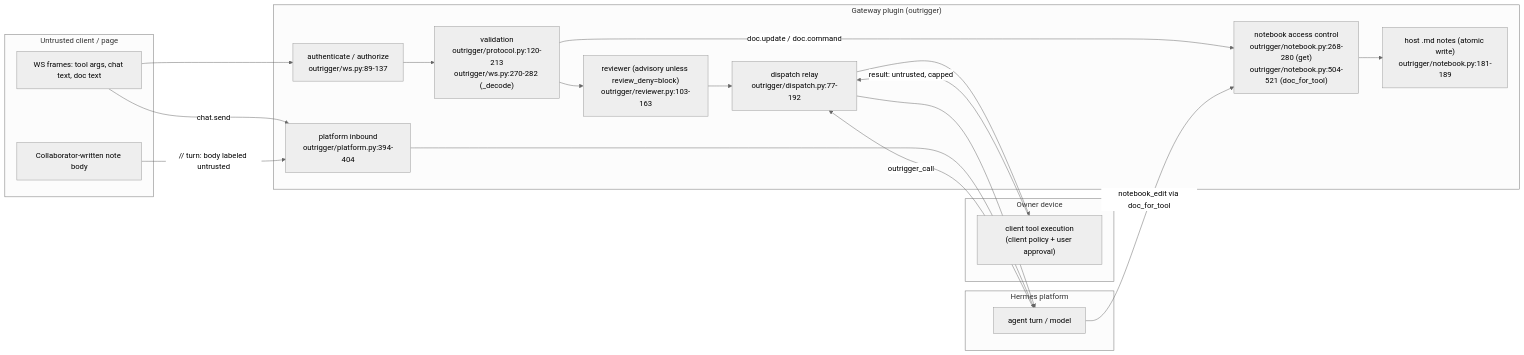
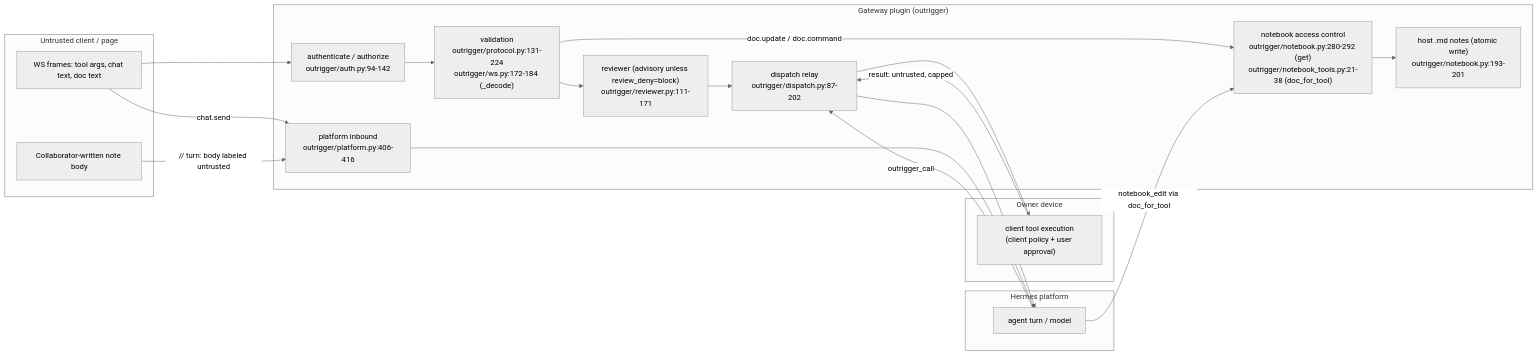
The first of 6 diagrams in AUDIT.md (codepilots/hermes-outrigger), drawn with Mermaid (neutral theme) before and after one commit. The commit also changed other lines of this file and 20 other files, not shown here.

````diff
--- a/AUDIT.md
+++ b/AUDIT.md
@@ -33,31 +35,31 @@
 ```mermaid
 flowchart LR
   subgraph untrusted["Untrusted client / page"]
     F["WS frames: tool args, chat text, doc text"]
     N["Collaborator-written note body"]
   end
   subgraph gateway["Gateway plugin (outrigger)"]
-    A["authenticate / authorize<br/>outrigger/ws.py:89-137"]
-    V["validation<br/>outrigger/protocol.py:120-213<br/>outrigger/ws.py:270-282 (_decode)"]
-    R["reviewer (advisory unless review_deny=block)<br/>outrigger/reviewer.py:103-163"]
-    D["dispatch relay<br/>outrigger/dispatch.py:77-192"]
-    NB["notebook access control<br/>outrigger/notebook.py:268-280 (get)<br/>outrigger/notebook.py:504-521 (doc_for_tool)"]
-    P["platform inbound<br/>outrigger/platform.py:394-404"]
-    NF["host .md notes (atomic write)<br/>outrigger/notebook.py:181-189"]
+    A["authenticate / authorize<br/>outrigger/auth.py:94-142"]
+    V["validation<br/>outrigger/protocol.py:131-224<br/>outrigger/ws.py:172-184 (_decode)"]
+    R["reviewer (advisory unless review_deny=block)<br/>outrigger/reviewer.py:111-171"]
+    D["dispatch relay<br/>outrigger/dispatch.py:87-202"]
+    NB["notebook access control<br/>outrigger/notebook.py:280-292 (get)<br/>outrigger/notebook_tools.py:21-38 (doc_for_tool)"]
+    P["platform inbound<br/>outrigger/platform.py:406-416"]
+    NF["host .md notes (atomic write)<br/>outrigger/notebook.py:193-201"]
   end
   subgraph owner["Owner device"]
     T["client tool execution<br/>(client policy + user approval)"]
   end
   subgraph hermes["Hermes platform"]
     H["agent turn / model"]
   end
   F --> A --> V
   V --> R --> D --> T
   T -->|"result: untrusted, capped"| D --> H
   F -->|"chat.send"| P --> H
   N -->|"// turn: body labeled untrusted"| P
   V -->|"doc.update / doc.command"| NB
   H -->|"outrigger_call"| D
   H -->|"notebook_edit via doc_for_tool"| NB
   NB --> NF
 ```
````
